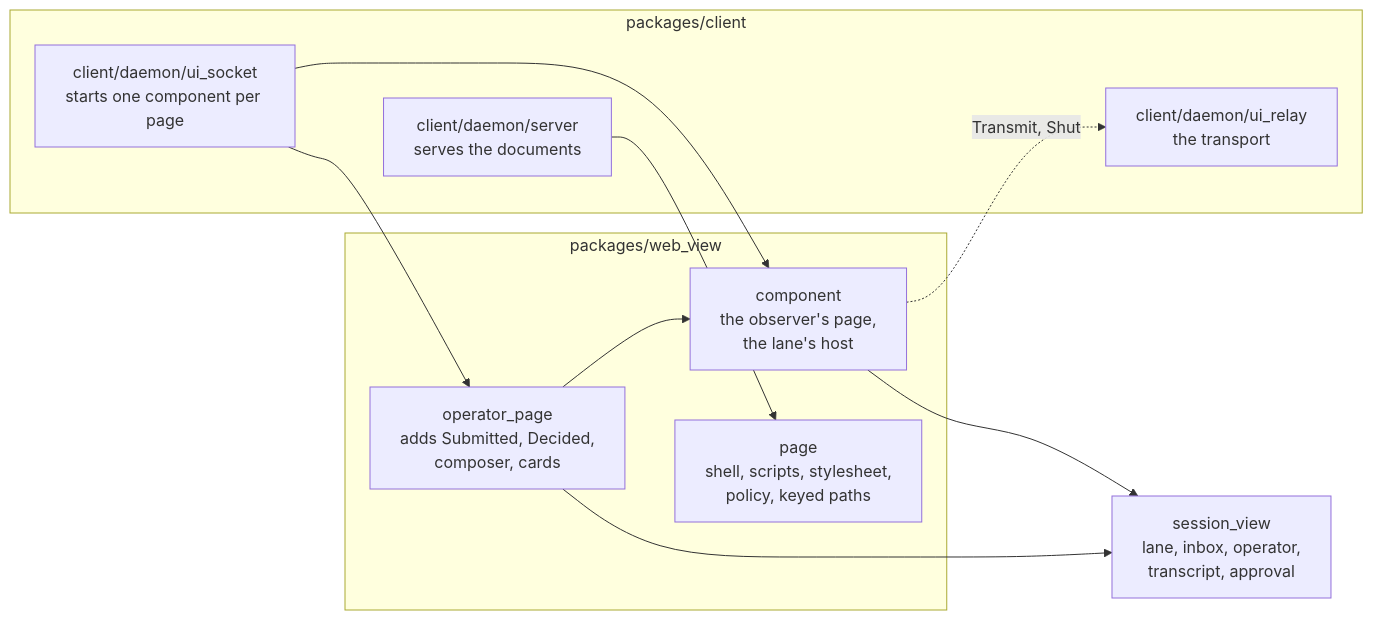
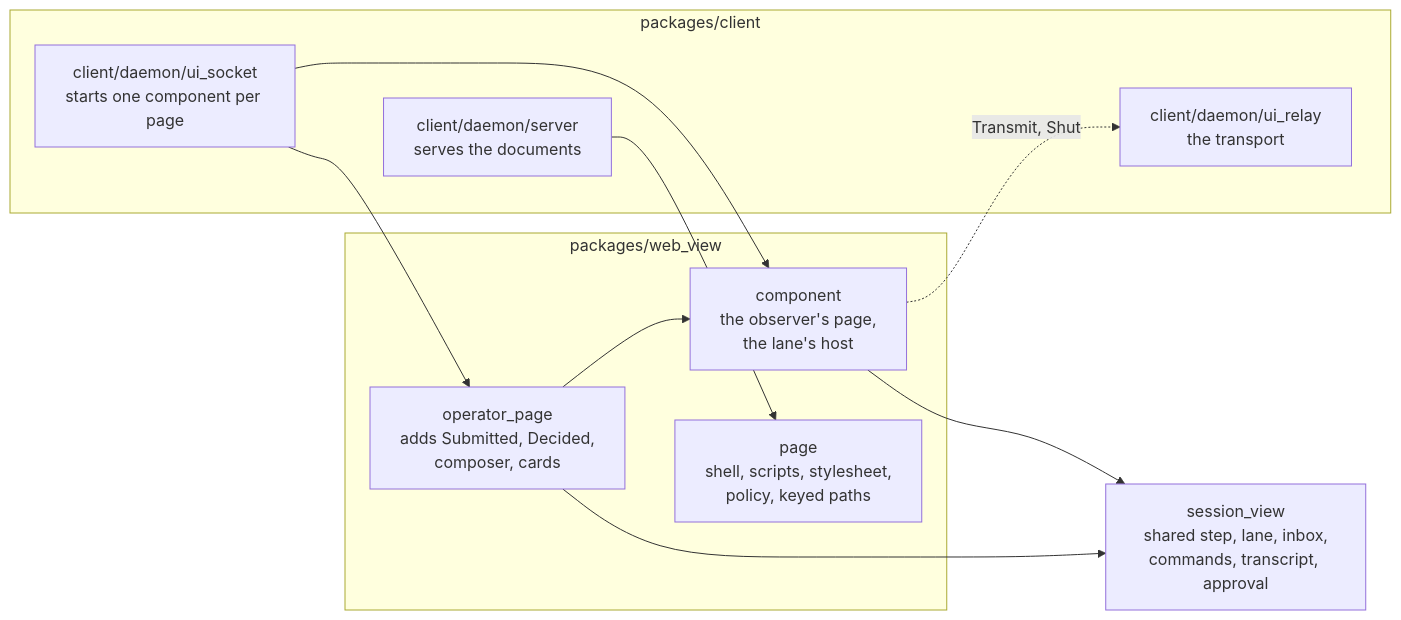
The first of 2 diagrams in packages/web_view/README.md (Roasbeef/loom), drawn with Mermaid before and after one commit. The commit also changed other lines of this file and 7 other files, not shown here.

First line of the commit message:
docs: describe the web view as a host of the step

````diff
--- a/packages/web_view/README.md
+++ b/packages/web_view/README.md
@@ -49,21 +49,21 @@
 ```mermaid
 flowchart LR
     subgraph client["packages/client"]
         socket["client/daemon/ui_socket<br/>starts one component per page"]
         router["client/daemon/server<br/>serves the documents"]
         relay["client/daemon/ui_relay<br/>the transport"]
     end
     subgraph wv["packages/web_view"]
         comp["component<br/>the observer's page,<br/>the lane's host"]
         opage["operator_page<br/>adds Submitted, Decided,<br/>composer, cards"]
         page["page<br/>shell, scripts, stylesheet,<br/>policy, keyed paths"]
     end
-    sv["session_view<br/>lane, inbox, operator,<br/>transcript, approval"]
+    sv["session_view<br/>shared step, lane, inbox,<br/>commands, transcript, approval"]
     socket --> comp
     socket --> opage
     router --> page
     opage --> comp
     comp --> sv
     opage --> sv
     comp -. "Transmit, Shut" .-> relay
 ```
````
